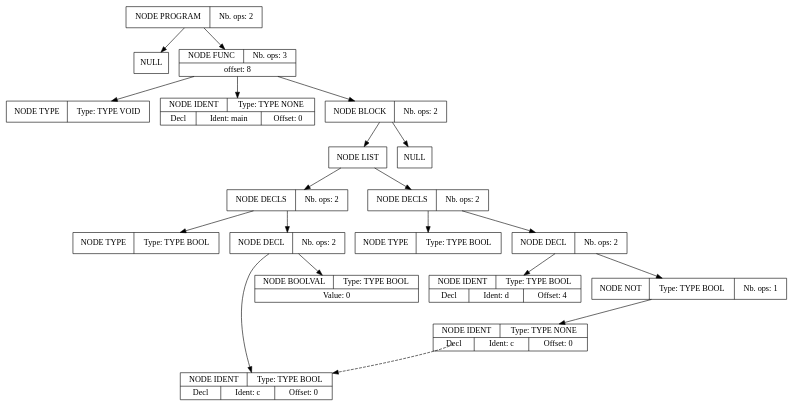
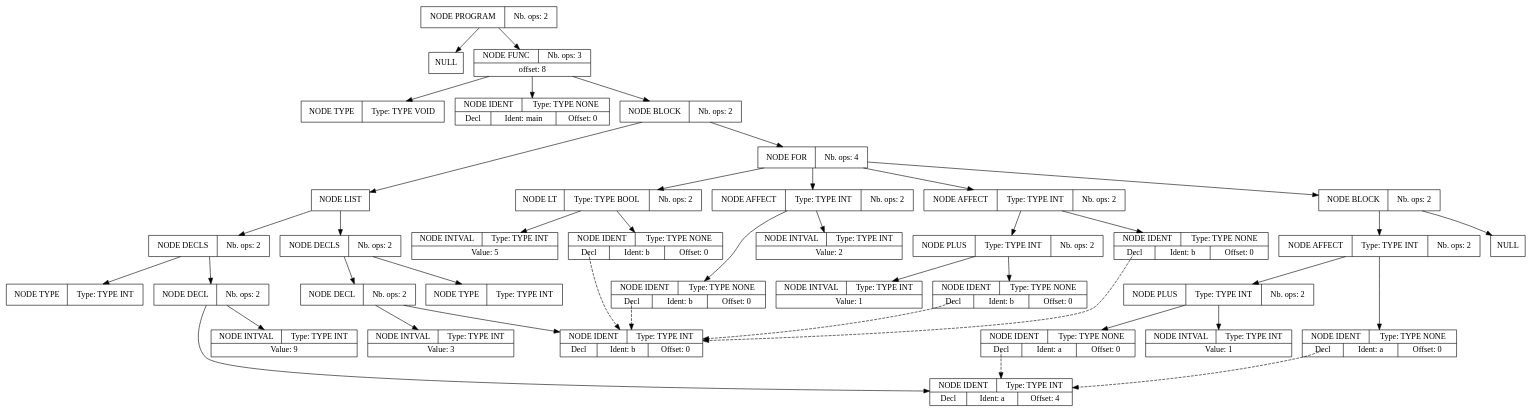
The diagram in apres_passe_1.dot (Youssefch05/Projet_compilation), drawn with Graphviz before and after one commit. The commit also changed 5 other files, not shown here.

```diff
--- a/apres_passe_1.dot
+++ b/apres_passe_1.dot
@@ -1,59 +1,120 @@
 digraph global_vars {
     N1 [shape=record, label="{{NODE PROGRAM|Nb. ops: 2}}"];
     N2 [shape=record, label="{{NULL}}"];
     edge[tailclip=true];
     N1 -> N2
     N3 [shape=record, label="{{NODE FUNC|Nb. ops: 3}|{offset: 8}}"];
     N4 [shape=record, label="{{NODE TYPE|Type: TYPE VOID}}"];
     edge[tailclip=true];
     N3 -> N4
     N5 [shape=record, label="{{NODE IDENT|Type: TYPE NONE}|{<decl>Decl      |Ident: main|Offset: 0}}"];
     edge[tailclip=true];
     N3 -> N5
     N6 [shape=record, label="{{NODE BLOCK|Nb. ops: 2}}"];
     N7 [shape=record, label="{{NODE LIST}}"];
     N8 [shape=record, label="{{NODE DECLS|Nb. ops: 2}}"];
-    N9 [shape=record, label="{{NODE TYPE|Type: TYPE BOOL}}"];
+    N9 [shape=record, label="{{NODE TYPE|Type: TYPE INT}}"];
     edge[tailclip=true];
     N8 -> N9
     N10 [shape=record, label="{{NODE DECL|Nb. ops: 2}}"];
-    N11 [shape=record, label="{{NODE IDENT|Type: TYPE BOOL}|{<decl>Decl      |Ident: c|Offset: 0}}"];
+    N11 [shape=record, label="{{NODE IDENT|Type: TYPE INT}|{<decl>Decl      |Ident: b|Offset: 0}}"];
     edge[tailclip=true];
     N10 -> N11
-    N12 [shape=record, label="{{NODE BOOLVAL|Type: TYPE BOOL}|{Value: 0}}"];
+    N12 [shape=record, label="{{NODE INTVAL|Type: TYPE INT}|{Value: 3}}"];
     edge[tailclip=true];
     N10 -> N12
     edge[tailclip=true];
     N8 -> N10
     edge[tailclip=true];
     N7 -> N8
     N13 [shape=record, label="{{NODE DECLS|Nb. ops: 2}}"];
-    N14 [shape=record, label="{{NODE TYPE|Type: TYPE BOOL}}"];
+    N14 [shape=record, label="{{NODE TYPE|Type: TYPE INT}}"];
     edge[tailclip=true];
     N13 -> N14
     N15 [shape=record, label="{{NODE DECL|Nb. ops: 2}}"];
-    N16 [shape=record, label="{{NODE IDENT|Type: TYPE BOOL}|{<decl>Decl      |Ident: d|Offset: 4}}"];
+    N16 [shape=record, label="{{NODE IDENT|Type: TYPE INT}|{<decl>Decl      |Ident: a|Offset: 4}}"];
     edge[tailclip=true];
     N15 -> N16
-    N17 [shape=record, label="{{NODE NOT|Type: TYPE BOOL|Nb. ops: 1}}"];
-    N18 [shape=record, label="{{NODE IDENT|Type: TYPE NONE}|{<decl>Decl      |Ident: c|Offset: 0}}"];
-    edge[tailclip=false];
-    "N18":decl:c -> "N11" [style=dashed]
-    edge[tailclip=true];
-    N17 -> N18
+    N17 [shape=record, label="{{NODE INTVAL|Type: TYPE INT}|{Value: 9}}"];
     edge[tailclip=true];
     N15 -> N17
     edge[tailclip=true];
     N13 -> N15
     edge[tailclip=true];
     N7 -> N13
     edge[tailclip=true];
     N6 -> N7
-    N19 [shape=record, label="{{NULL}}"];
+    N18 [shape=record, label="{{NODE FOR|Nb. ops: 4}}"];
+    N19 [shape=record, label="{{NODE AFFECT|Type: TYPE INT|Nb. ops: 2}}"];
+    N20 [shape=record, label="{{NODE IDENT|Type: TYPE NONE}|{<decl>Decl      |Ident: b|Offset: 0}}"];
+    edge[tailclip=false];
+    "N20":decl:c -> "N11" [style=dashed]
     edge[tailclip=true];
-    N6 -> N19
+    N19 -> N20
+    N21 [shape=record, label="{{NODE INTVAL|Type: TYPE INT}|{Value: 2}}"];
+    edge[tailclip=true];
+    N19 -> N21
+    edge[tailclip=true];
+    N18 -> N19
+    N22 [shape=record, label="{{NODE LT|Type: TYPE BOOL|Nb. ops: 2}}"];
+    N23 [shape=record, label="{{NODE IDENT|Type: TYPE NONE}|{<decl>Decl      |Ident: b|Offset: 0}}"];
+    edge[tailclip=false];
+    "N23":decl:c -> "N11" [style=dashed]
+    edge[tailclip=true];
+    N22 -> N23
+    N24 [shape=record, label="{{NODE INTVAL|Type: TYPE INT}|{Value: 5}}"];
+    edge[tailclip=true];
+    N22 -> N24
+    edge[tailclip=true];
+    N18 -> N22
+    N25 [shape=record, label="{{NODE AFFECT|Type: TYPE INT|Nb. ops: 2}}"];
+    N26 [shape=record, label="{{NODE IDENT|Type: TYPE NONE}|{<decl>Decl      |Ident: b|Offset: 0}}"];
+    edge[tailclip=false];
+    "N26":decl:c -> "N11" [style=dashed]
+    edge[tailclip=true];
+    N25 -> N26
+    N27 [shape=record, label="{{NODE PLUS|Type: TYPE INT|Nb. ops: 2}}"];
+    N28 [shape=record, label="{{NODE IDENT|Type: TYPE NONE}|{<decl>Decl      |Ident: b|Offset: 0}}"];
+    edge[tailclip=false];
+    "N28":decl:c -> "N11" [style=dashed]
+    edge[tailclip=true];
+    N27 -> N28
+    N29 [shape=record, label="{{NODE INTVAL|Type: TYPE INT}|{Value: 1}}"];
+    edge[tailclip=true];
+    N27 -> N29
+    edge[tailclip=true];
+    N25 -> N27
+    edge[tailclip=true];
+    N18 -> N25
+    N30 [shape=record, label="{{NODE BLOCK|Nb. ops: 2}}"];
+    N31 [shape=record, label="{{NULL}}"];
+    edge[tailclip=true];
+    N30 -> N31
+    N32 [shape=record, label="{{NODE AFFECT|Type: TYPE INT|Nb. ops: 2}}"];
+    N33 [shape=record, label="{{NODE IDENT|Type: TYPE NONE}|{<decl>Decl      |Ident: a|Offset: 0}}"];
+    edge[tailclip=false];
+    "N33":decl:c -> "N16" [style=dashed]
+    edge[tailclip=true];
+    N32 -> N33
+    N34 [shape=record, label="{{NODE PLUS|Type: TYPE INT|Nb. ops: 2}}"];
+    N35 [shape=record, label="{{NODE IDENT|Type: TYPE NONE}|{<decl>Decl      |Ident: a|Offset: 0}}"];
+    edge[tailclip=false];
+    "N35":decl:c -> "N16" [style=dashed]
+    edge[tailclip=true];
+    N34 -> N35
+    N36 [shape=record, label="{{NODE INTVAL|Type: TYPE INT}|{Value: 1}}"];
+    edge[tailclip=true];
+    N34 -> N36
+    edge[tailclip=true];
+    N32 -> N34
+    edge[tailclip=true];
+    N30 -> N32
+    edge[tailclip=true];
+    N18 -> N30
+    edge[tailclip=true];
+    N6 -> N18
     edge[tailclip=true];
     N3 -> N6
     edge[tailclip=true];
     N1 -> N3
 }
```
